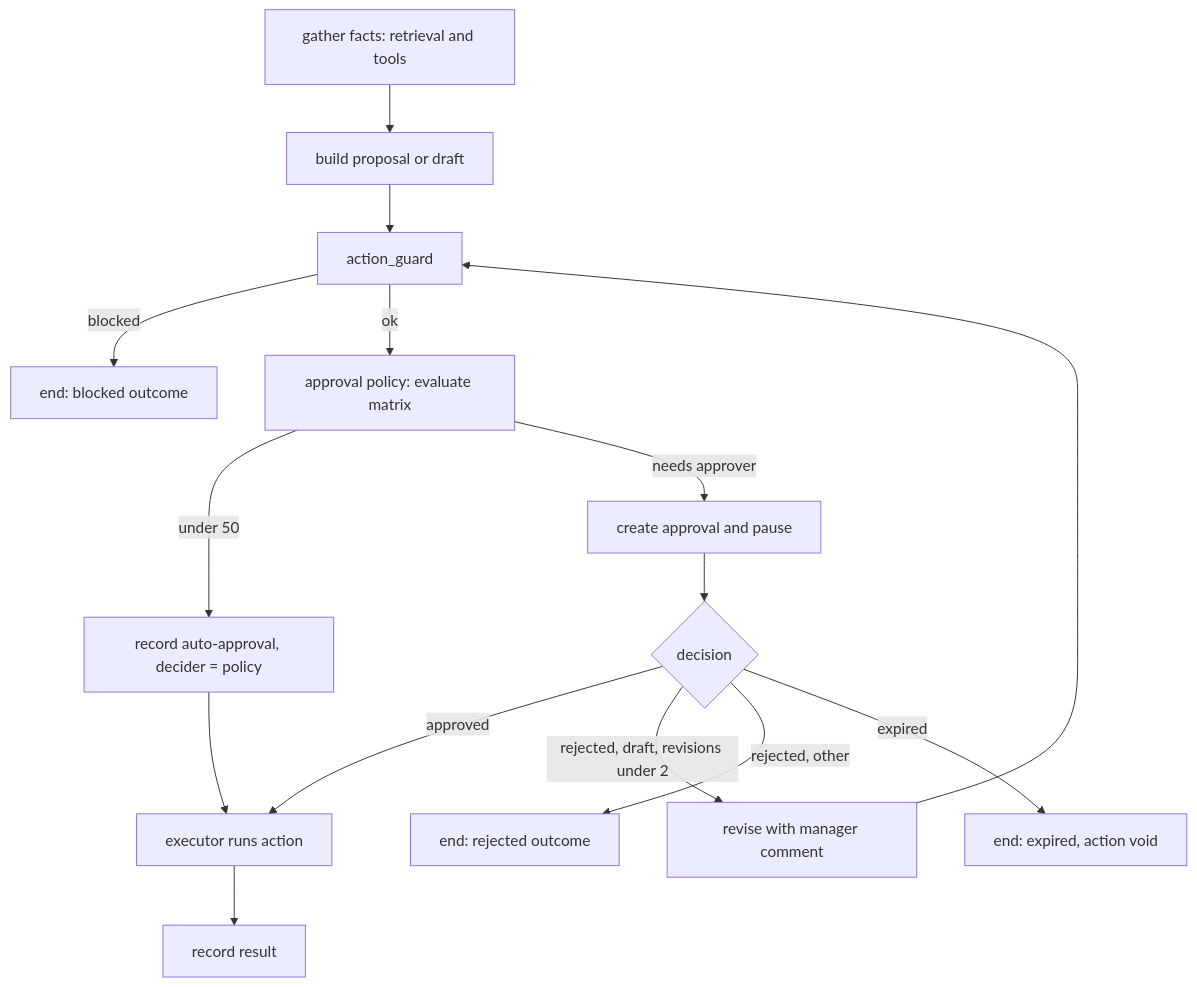
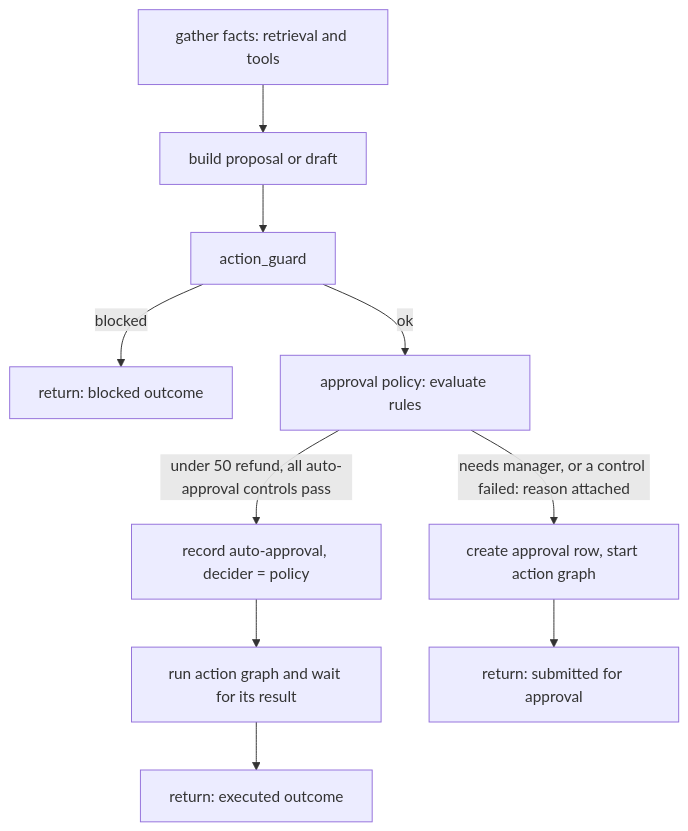
The third of 8 diagrams in docs/design.md (AnkushBhise/Enterprise_Operations_Copilot), drawn with Mermaid before and after one commit. The commit also changed other lines of this file and 2 other files, not shown here.

````diff
--- a/docs/design.md
+++ b/docs/design.md
@@ -379,17 +404,12 @@
 ```mermaid
 flowchart TD
     A1["gather facts: retrieval and tools"] --> A2["build proposal or draft"]
     A2 --> A3["action_guard"]
-    A3 -->|blocked| A9["end: blocked outcome"]
-    A3 -->|ok| A4["approval policy: evaluate matrix"]
-    A4 -->|under 50| A5["record auto-approval, decider = policy"]
-    A4 -->|needs approver| A6["create approval and pause"]
-    A6 --> A7{"decision"}
-    A7 -->|approved| A8["executor runs action"]
-    A7 -->|rejected, draft, revisions under 2| A10["revise with manager comment"]
-    A10 --> A3
-    A7 -->|rejected, other| A11["end: rejected outcome"]
-    A7 -->|expired| A12["end: expired, action void"]
-    A5 --> A8
-    A8 --> A13["record result"]
+    A3 -->|blocked| A9["return: blocked outcome"]
+    A3 -->|ok| A4["approval policy: evaluate rules"]
+    A4 -->|under 50 refund, all auto-approval controls pass| A5["record auto-approval, decider = policy"]
+    A5 --> A6["run action graph and wait for its result"]
+    A6 --> A7["return: executed outcome"]
+    A4 -->|needs manager, or a control failed: reason attached| A8["create approval row, start action graph"]
+    A8 --> A10["return: submitted for approval"]
 ```
````
